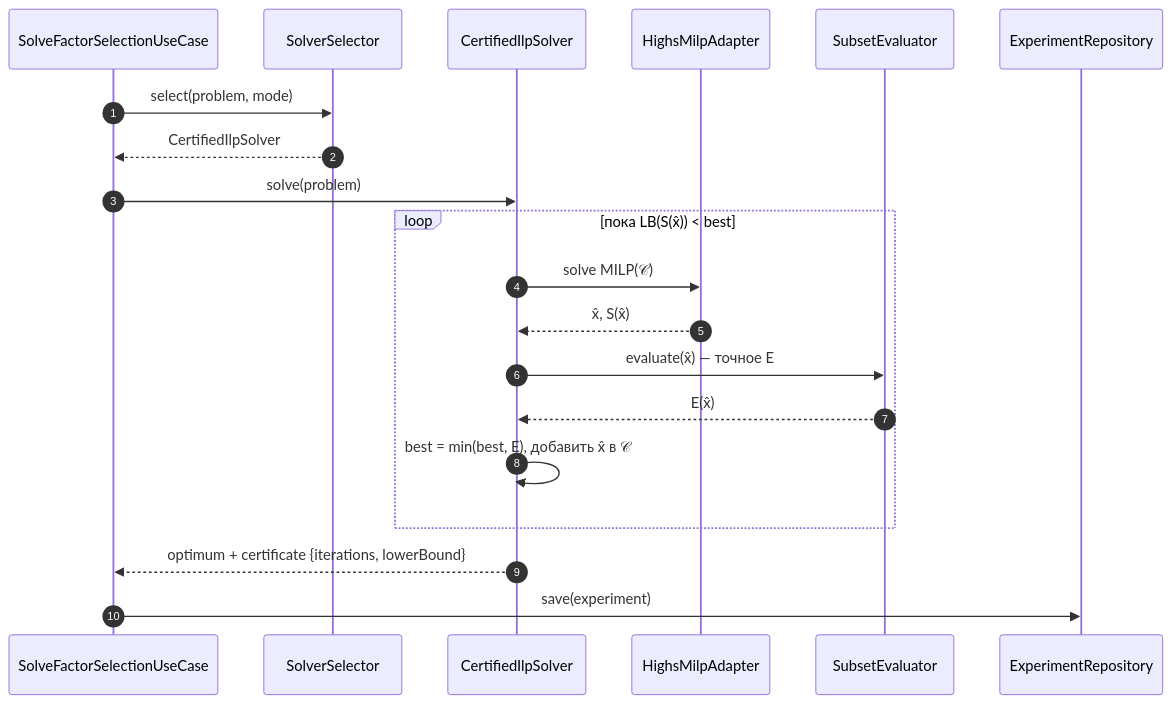
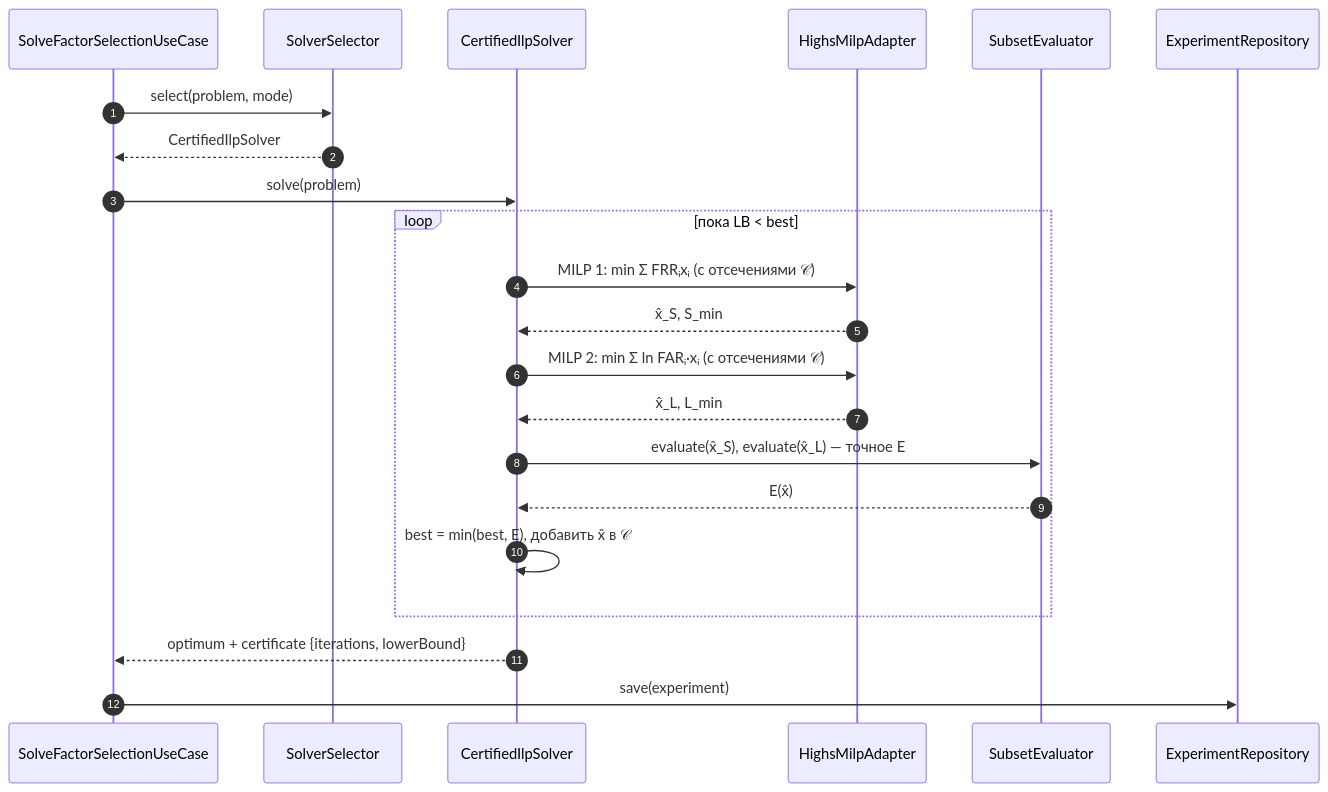
Before and after one commit to DcNi3L/bioauth-optimizer: the eighth of 9 diagrams in docs/03-architecture.md, drawn with Mermaid. The commit also changed other lines of this file and 17 other files, not shown here.

````diff
--- a/docs/03-architecture.md
+++ b/docs/03-architecture.md
@@ -309,22 +309,24 @@
 ```mermaid
 sequenceDiagram
   autonumber
   participant UC as SolveFactorSelectionUseCase
   participant SS as SolverSelector
   participant S as CertifiedIlpSolver
   participant M as HighsMilpAdapter
   participant E as SubsetEvaluator
   participant R as ExperimentRepository
   UC->>SS: select(problem, mode)
   SS-->>UC: CertifiedIlpSolver
   UC->>S: solve(problem)
-  loop пока LB(S(x̂)) < best
-    S->>M: solve MILP(𝒞)
-    M-->>S: x̂, S(x̂)
-    S->>E: evaluate(x̂) — точное E
+  loop пока LB < best
+    S->>M: MILP 1: min Σ FRRᵢxᵢ (с отсечениями 𝒞)
+    M-->>S: x̂_S, S_min
+    S->>M: MILP 2: min Σ ln FARᵢ·xᵢ (с отсечениями 𝒞)
+    M-->>S: x̂_L, L_min
+    S->>E: evaluate(x̂_S), evaluate(x̂_L) — точное E
     E-->>S: E(x̂)
     S->>S: best = min(best, E), добавить x̂ в 𝒞
   end
   S-->>UC: optimum + certificate {iterations, lowerBound}
   UC->>R: save(experiment)
 ```
````
